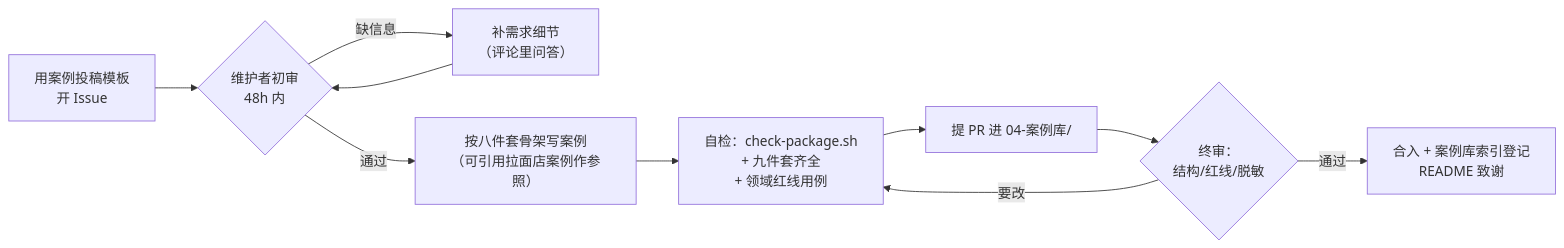
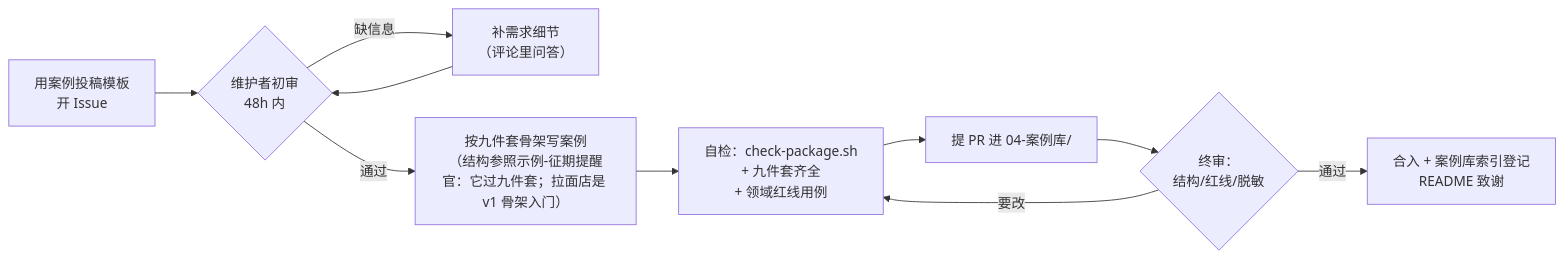
Before and after one commit to August06exe/ai-landing-consultant: the diagram in CONTRIBUTING.md, drawn with Mermaid. The commit also changed other lines of this file and 11 other files, not shown here.

Commit message:
fix(round5-dx): 第5轮DX走查修复——7处案例数残留+check-numbers盲区补齐+SOP wikilink清零+启动指令去硬编码+CONTRIBUTING英文摘要与流程图九件套+en两处瑕疵+术语表分级定名+awesome/PH提交弹药存档

````diff
--- a/CONTRIBUTING.md
+++ b/CONTRIBUTING.md
@@ -32,12 +32,12 @@
 ```mermaid
 flowchart LR
     A["用案例投稿模板<br/>开 Issue"] --> B{"维护者初审<br/>48h 内"}
     B -->|"缺信息"| C["补需求细节<br/>（评论里问答）"]
     C --> B
-    B -->|"通过"| D["按八件套骨架写案例<br/>（可引用拉面店案例作参照）"]
+    B -->|"通过"| D["按九件套骨架写案例<br/>（结构参照示例-征期提醒官：它过九件套；拉面店是 v1 骨架入门）"]
     D --> E["自检：check-package.sh<br/>+ 九件套齐全<br/>+ 领域红线用例"]
     E --> F["提 PR 进 04-案例库/"]
     F --> G{"终审：<br/>结构/红线/脱敏"}
     G -->|"通过"| H["合入 + 案例库索引登记<br/>README 致谢"]
     G -->|"要改"| E
 ```
````
